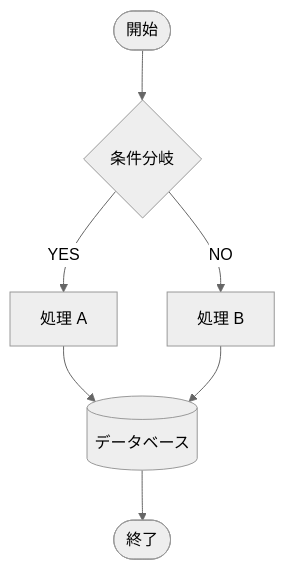
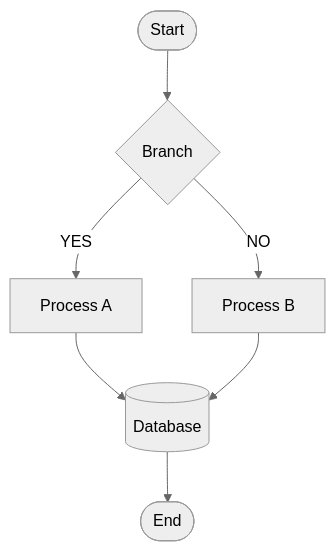
The first of 4 diagrams in test-all-elements.md (devicemanager/mdviewer), drawn with Mermaid (neutral theme) before and after one commit. The commit also changed other lines of this file and 4 other files, not shown here.

````diff
--- a/test-all-elements.md
+++ b/test-all-elements.md
@@ -245,9 +245,9 @@
 ```mermaid
 flowchart TD
-    A([開始]) --> B{条件分岐}
-    B -- YES --> C[処理 A]
-    B -- NO  --> D[処理 B]
-    C --> E[(データベース)]
+    A([Start]) --> B{Branch}
+    B -- YES --> C[Process A]
+    B -- NO  --> D[Process B]
+    C --> E[(Database)]
     D --> E
-    E --> F([終了])
+    E --> F([End])
 ```
````
